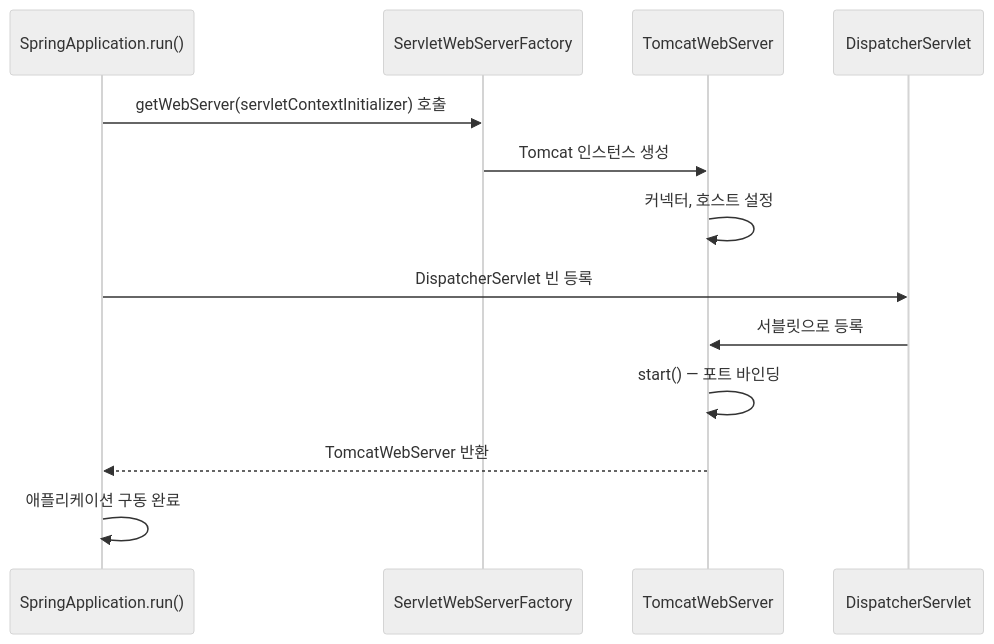
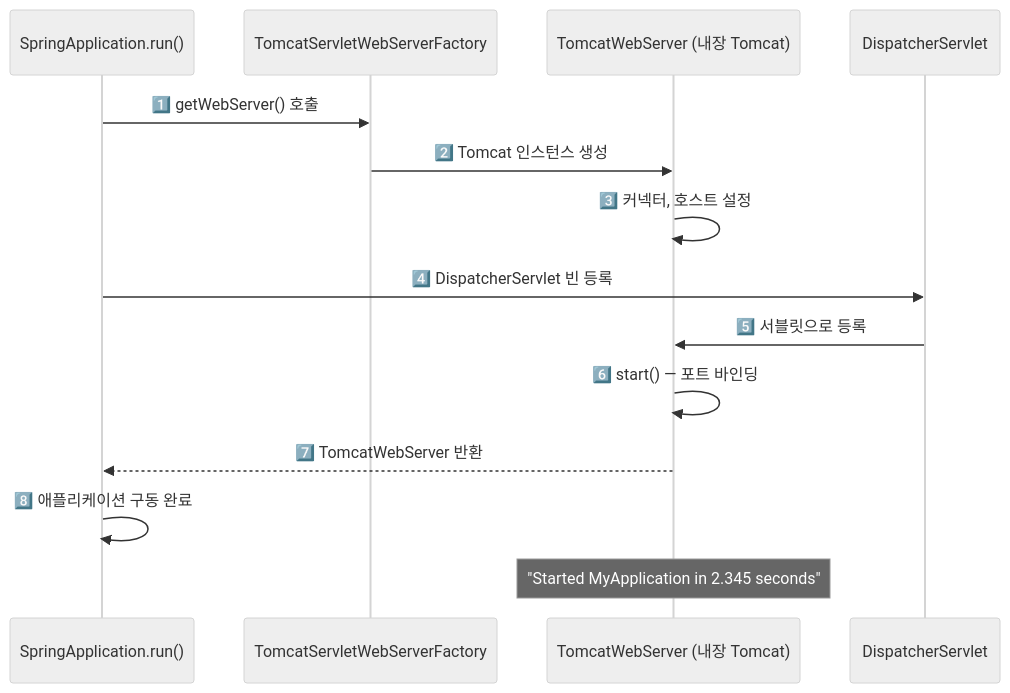
Before and after one commit to yjkim2015/yjkim2015.github.io: the fifth of 7 diagrams in _posts/spring/2026-05-02-spring-boot-autoconfigure.md, drawn with Mermaid (neutral theme). The commit also changed other lines of this file and 92 other files, not shown here.

First line of the commit message:
Major quality rewrite: 98 files, Mermaid fix, extreme-scenario component

````diff
--- a/_posts/spring/2026-05-02-spring-boot-autoconfigure.md
+++ b/_posts/spring/2026-05-02-spring-boot-autoconfigure.md
@@ -464,16 +466,17 @@
 ```mermaid
 sequenceDiagram
     participant SA as SpringApplication.run()
-    participant SF as ServletWebServerFactory
-    participant TC as TomcatWebServer
+    participant SF as TomcatServletWebServerFactory
+    participant TC as TomcatWebServer (내장 Tomcat)
     participant DS as DispatcherServlet
 
-    SA->>SF: getWebServer(servletContextInitializer) 호출
-    SF->>TC: Tomcat 인스턴스 생성
-    TC->>TC: 커넥터, 호스트 설정
-    SA->>DS: DispatcherServlet 빈 등록
-    DS->>TC: 서블릿으로 등록
-    TC->>TC: start() — 포트 바인딩
-    TC-->>SA: TomcatWebServer 반환
-    SA->>SA: 애플리케이션 구동 완료
+    SA->>SF: 1️⃣ getWebServer() 호출
+    SF->>TC: 2️⃣ Tomcat 인스턴스 생성
+    TC->>TC: 3️⃣ 커넥터, 호스트 설정
+    SA->>DS: 4️⃣ DispatcherServlet 빈 등록
+    DS->>TC: 5️⃣ 서블릿으로 등록
+    TC->>TC: 6️⃣ start() — 포트 바인딩
+    TC-->>SA: 7️⃣ TomcatWebServer 반환
+    SA->>SA: 8️⃣ 애플리케이션 구동 완료
+    Note over TC: "Started MyApplication in 2.345 seconds"
 ```
````
